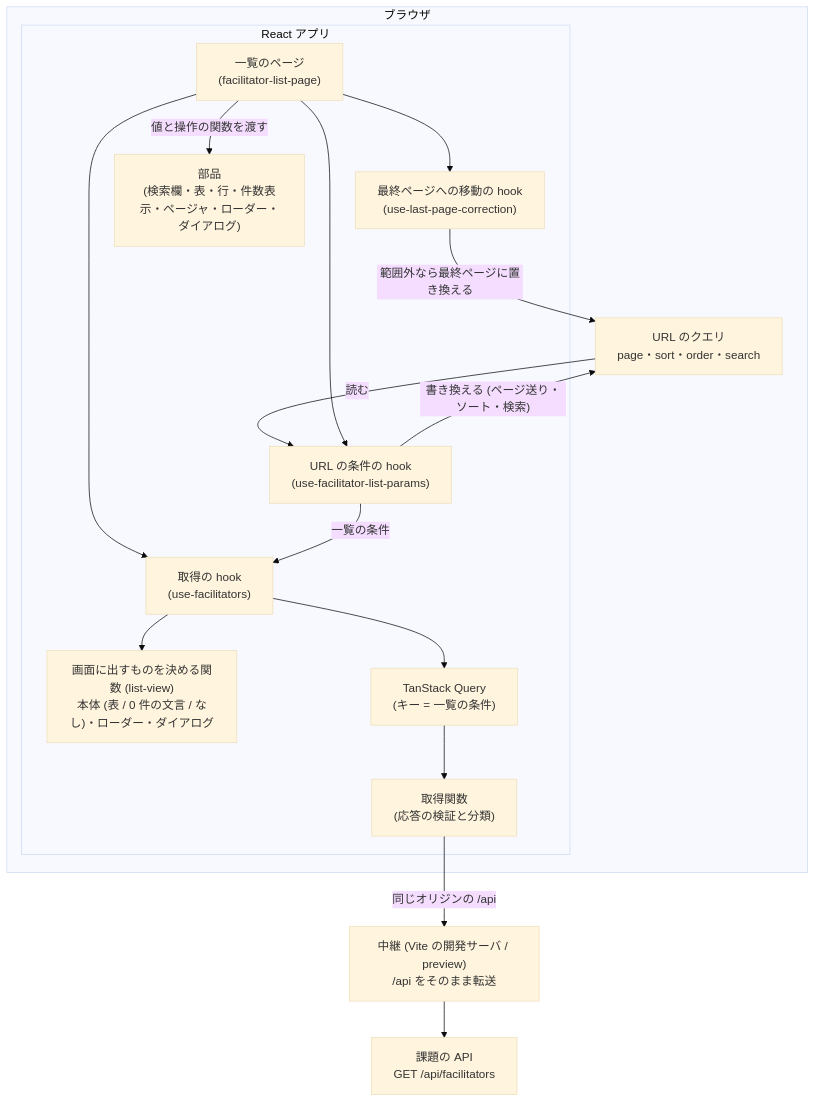
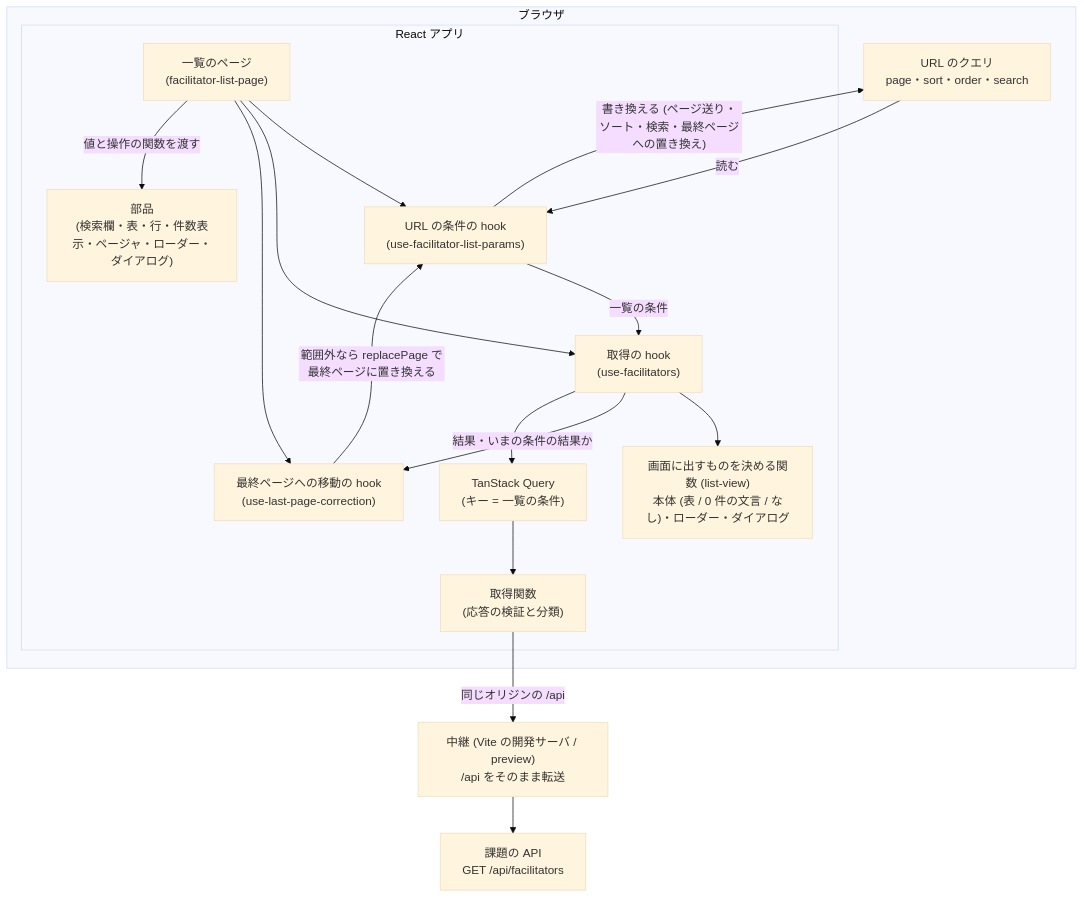
The first of 2 diagrams in README.md (rasshii/frontend-assessment), drawn with Mermaid (base theme) before and after one commit. The commit also changed other lines of this file, not shown here.

First line of the commit message:
docs: 構成の図で、URL を書き換えるのを URL の hook だけにする

````diff
--- a/README.md
+++ b/README.md
@@ -59,30 +59,31 @@
 ```mermaid
 flowchart TB
   subgraph browser["ブラウザ"]
     url["URL のクエリ<br/>page・sort・order・search"]
     subgraph spa["React アプリ"]
       page["一覧のページ<br/>(facilitator-list-page)"]
       params["URL の条件の hook<br/>(use-facilitator-list-params)"]
       lastpage["最終ページへの移動の hook<br/>(use-last-page-correction)"]
       facilitators["取得の hook<br/>(use-facilitators)"]
       view["画面に出すものを決める関数 (list-view)<br/>本体 (表 / 0 件の文言 / なし)・ローダー・ダイアログ"]
       tq["TanStack Query<br/>(キー = 一覧の条件)"]
       fetcher["取得関数<br/>(応答の検証と分類)"]
       parts["部品<br/>(検索欄・表・行・件数表示・ページャ・ローダー・ダイアログ)"]
     end
   end
   proxy["中継 (Vite の開発サーバ / preview)<br/>/api をそのまま転送"]
   api["課題の API<br/>GET /api/facilitators"]
 
   url -- "読む" --> params
-  params -- "書き換える (ページ送り・ソート・検索)" --> url
-  lastpage -- "範囲外なら最終ページに置き換える" --> url
+  params -- "書き換える (ページ送り・ソート・検索・最終ページへの置き換え)" --> url
+  lastpage -- "範囲外なら replacePage で最終ページに置き換える" --> params
   page --> params
   page --> facilitators
   page --> lastpage
   page -- "値と操作の関数を渡す" --> parts
   params -- "一覧の条件" --> facilitators
   facilitators --> view
+  facilitators -- "結果・いまの条件の結果か" --> lastpage
   facilitators --> tq --> fetcher
   fetcher -- "同じオリジンの /api" --> proxy --> api
 ```
````
